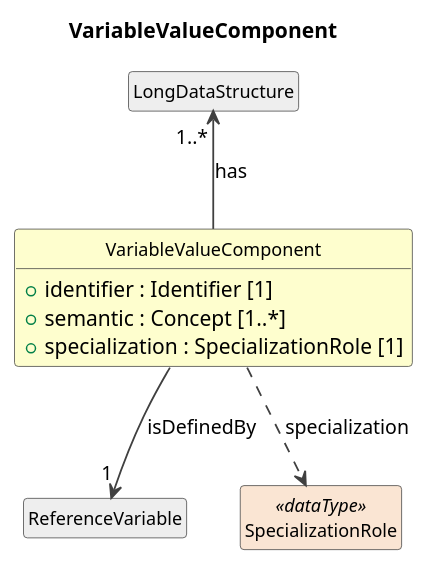
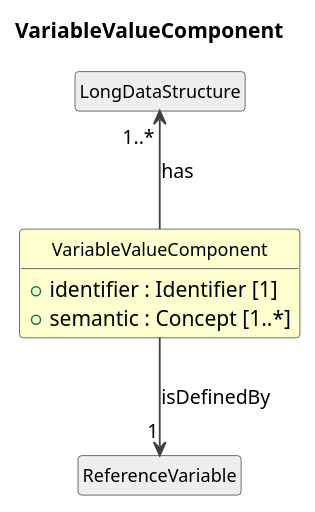
Before and after one commit to Cross-Domain-Interoperability-Framework/metadataBuildingBlocks: the diagram in build/field-level-documentation/CDIFDataStructure/Classes/VariableValueComponent.pu, drawn with PlantUML. The commit also changed 151 other files, not shown here.

```diff
--- a/build/field-level-documentation/CDIFDataStructure/Classes/VariableValueComponent.pu
+++ b/build/field-level-documentation/CDIFDataStructure/Classes/VariableValueComponent.pu
@@ -1,25 +1,22 @@
 @startuml
 title VariableValueComponent
 hide circle
 hide empty members
 skinparam shadowing false
 skinparam ArrowThickness 1.2
 skinparam class {
   ArrowColor #404040
   BorderColor #404040
   FontSize 12
 }
 
 class "VariableValueComponent" as VariableValueComponent #FEFECE {
   +identifier : Identifier [1]
   +semantic : Concept [1..*]
-  +specialization : SpecializationRole [1]
 }
 class "LongDataStructure" as LongDataStructure #EEEEEE
 LongDataStructure "1..*" <-- VariableValueComponent : has
 class "ReferenceVariable" as ReferenceVariable #EEEEEE
 VariableValueComponent --> "1" ReferenceVariable : isDefinedBy
-class "SpecializationRole" as SpecializationRole <<dataType>> #FAE5D3
-VariableValueComponent ..> SpecializationRole : specialization
 
 @enduml
```
